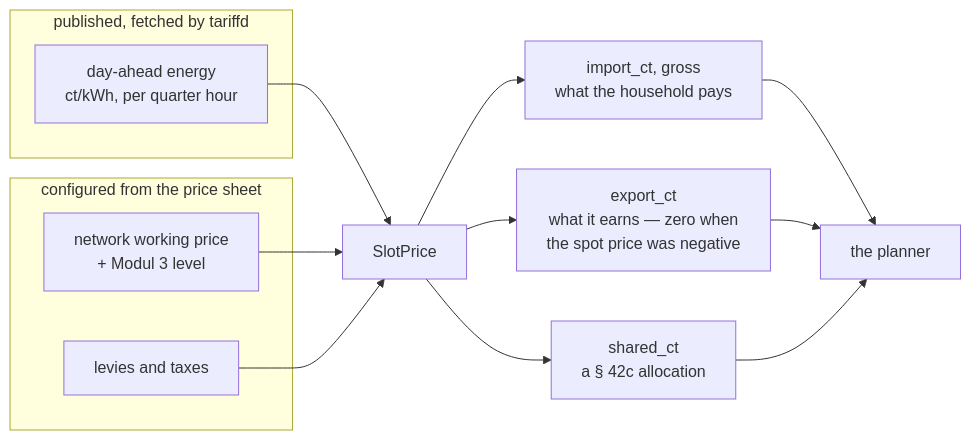
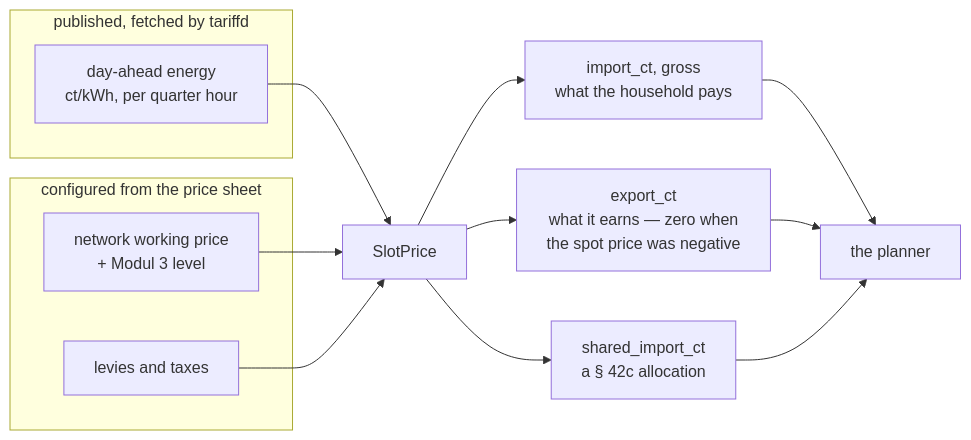
Before and after one commit to hupe1980/hems: the diagram in site/content/docs/tariffs.md, drawn with Mermaid. The commit also changed other lines of this file and 124 other files, not shown here.

```diff
--- a/site/content/docs/tariffs.md
+++ b/site/content/docs/tariffs.md
@@ -35,19 +35,19 @@
 <pre class="mermaid">
 flowchart LR
   subgraph pub["published, fetched by tariffd"]
     E["day-ahead energy<br/>ct/kWh, per quarter hour"]
   end
   subgraph conf["configured from the price sheet"]
     N["network working price<br/>+ Modul 3 level"]
     L["levies and taxes"]
   end
   E --> S["SlotPrice"]
   N --> S
   L --> S
   S --> IMP["import_ct, gross<br/>what the household pays"]
   S --> EXP["export_ct<br/>what it earns — zero when<br/>the spot price was negative"]
-  S --> SH["shared_ct<br/>a § 42c allocation"]
+  S --> SH["shared_import_ct<br/>a § 42c allocation"]
   IMP --> P["the planner"]
   EXP --> P
   SH --> P
 </pre>
```
